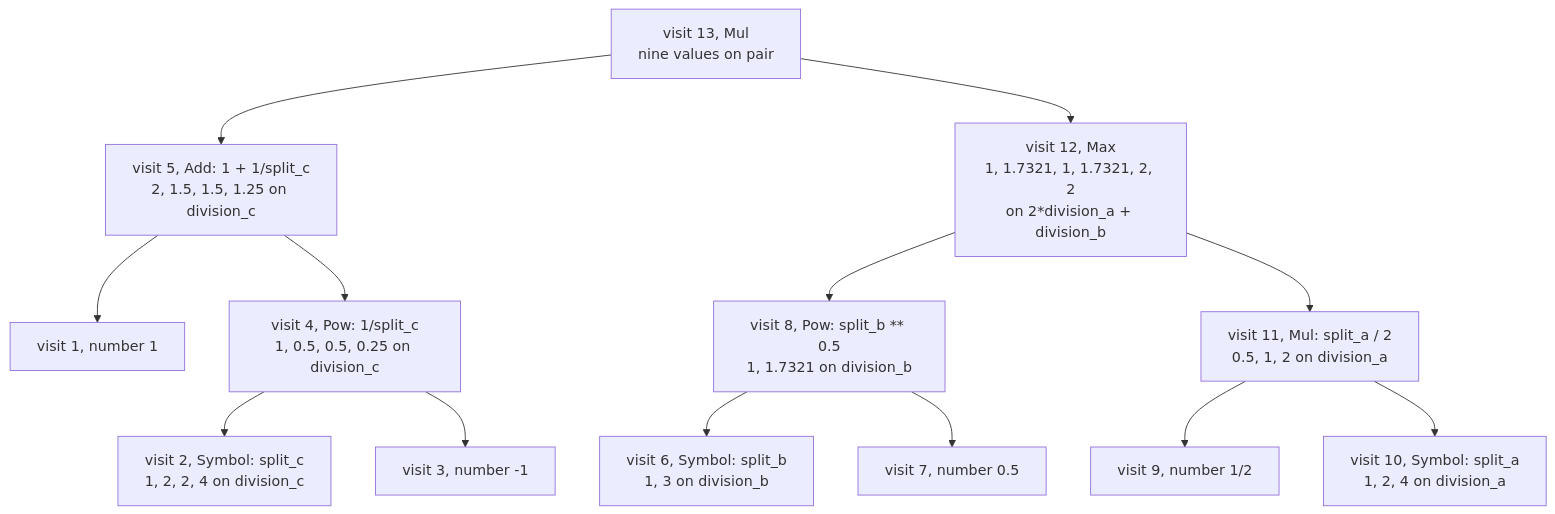
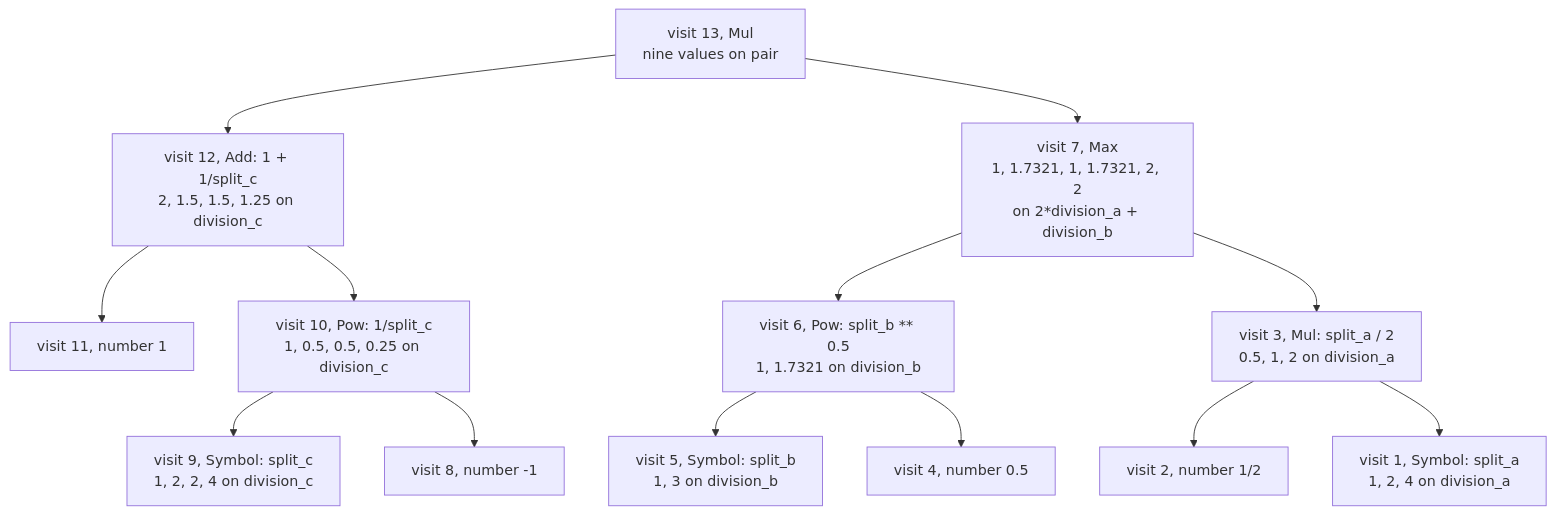
The third of 3 diagrams in plans/cpsat-table-lowering.md (spectre-ns/spyre-roadmap), drawn with Mermaid before and after one commit. The commit also changed other lines of this file, not shown here.

````diff
--- a/plans/cpsat-table-lowering.md
+++ b/plans/cpsat-table-lowering.md
@@ -764,28 +775,28 @@
 ```mermaid
 flowchart TD
     N13["visit 13, Mul<br/>nine values on pair"]
-    N5["visit 5, Add: 1 + 1/split_c<br/>2, 1.5, 1.5, 1.25 on division_c"]
-    N12["visit 12, Max<br/>1, 1.7321, 1, 1.7321, 2, 2<br/>on 2*division_a + division_b"]
-    N1["visit 1, number 1"]
-    N4["visit 4, Pow: 1/split_c<br/>1, 0.5, 0.5, 0.25 on division_c"]
-    N2["visit 2, Symbol: split_c<br/>1, 2, 2, 4 on division_c"]
-    N3["visit 3, number -1"]
-    N8["visit 8, Pow: split_b ** 0.5<br/>1, 1.7321 on division_b"]
-    N11["visit 11, Mul: split_a / 2<br/>0.5, 1, 2 on division_a"]
-    N6["visit 6, Symbol: split_b<br/>1, 3 on division_b"]
-    N7["visit 7, number 0.5"]
-    N9["visit 9, number 1/2"]
-    N10["visit 10, Symbol: split_a<br/>1, 2, 4 on division_a"]
-    N13 --> N5
+    N12["visit 12, Add: 1 + 1/split_c<br/>2, 1.5, 1.5, 1.25 on division_c"]
+    N7["visit 7, Max<br/>1, 1.7321, 1, 1.7321, 2, 2<br/>on 2*division_a + division_b"]
+    N11["visit 11, number 1"]
+    N10["visit 10, Pow: 1/split_c<br/>1, 0.5, 0.5, 0.25 on division_c"]
+    N9["visit 9, Symbol: split_c<br/>1, 2, 2, 4 on division_c"]
+    N8["visit 8, number -1"]
+    N6["visit 6, Pow: split_b ** 0.5<br/>1, 1.7321 on division_b"]
+    N3["visit 3, Mul: split_a / 2<br/>0.5, 1, 2 on division_a"]
+    N5["visit 5, Symbol: split_b<br/>1, 3 on division_b"]
+    N4["visit 4, number 0.5"]
+    N2["visit 2, number 1/2"]
+    N1["visit 1, Symbol: split_a<br/>1, 2, 4 on division_a"]
     N13 --> N12
-    N5 --> N1
-    N5 --> N4
-    N4 --> N2
-    N4 --> N3
-    N12 --> N8
+    N13 --> N7
     N12 --> N11
-    N8 --> N6
-    N8 --> N7
-    N11 --> N9
-    N11 --> N10
+    N12 --> N10
+    N10 --> N9
+    N10 --> N8
+    N7 --> N6
+    N7 --> N3
+    N6 --> N5
+    N6 --> N4
+    N3 --> N2
+    N3 --> N1
 ```
````
